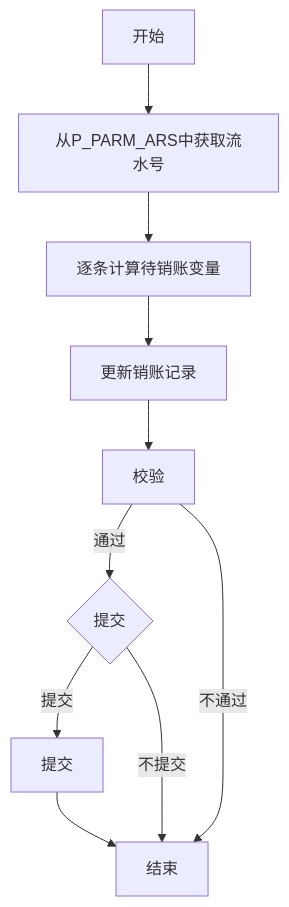
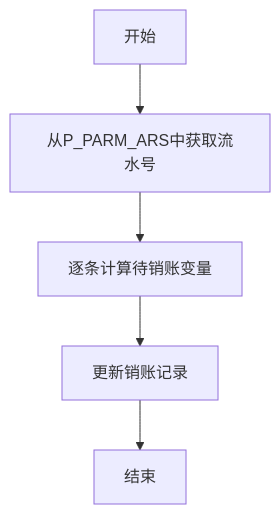
Diagram 37 of 51 in 02.业务梳理流程图简化版_v2020.11.md (liuwentao001/20201001HRBZLS), drawn with Mermaid before and after one commit. The commit also changed other lines of this file and 8 other files, not shown here.

````diff
--- a/02.业务梳理流程图简化版_v2020.11.md
+++ b/02.业务梳理流程图简化版_v2020.11.md
@@ -654,6 +1215,4 @@
 ```mermaid
 graph TD
-开始-->从P_PARM_ARS中获取流水号-->逐条计算待销账变量-->更新销账记录-->校验--通过-->A1{提交}--提交-->提交-->结束
-A1--不提交-->结束
-校验--不通过-->结束
+开始-->从P_PARM_ARS中获取流水号-->逐条计算待销账变量-->更新销账记录-->结束
 ```
````
